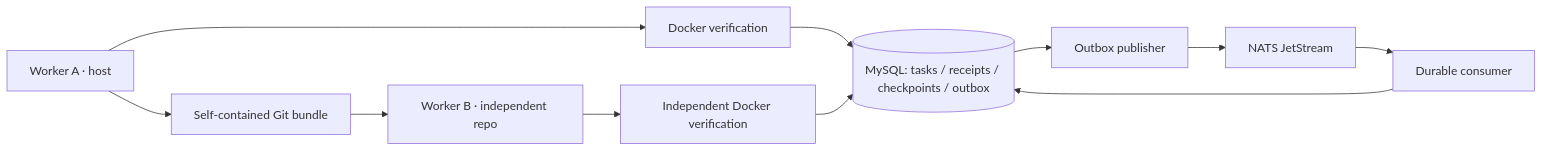
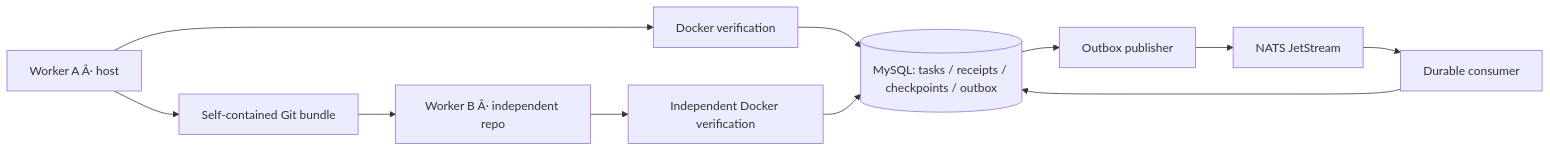
Before and after one commit to ns-0437/relaylab: the diagram in README.md, drawn with Mermaid. The commit also changed other lines of this file and 2 other files, not shown here.

````diff
--- a/README.md
+++ b/README.md
@@ -33,13 +33,13 @@
 ```mermaid
 flowchart LR
-    A["Worker A · host"] --> V1["Docker verification"]
+    A["Worker A Â· host"] --> V1["Docker verification"]
     V1 --> DB[("MySQL: tasks / receipts / checkpoints / outbox")]
     A --> Artifact["Self-contained Git bundle"]
-    Artifact --> B["Worker B · independent repo"]
+    Artifact --> B["Worker B Â· independent repo"]
     B --> V2["Independent Docker verification"]
     V2 --> DB
     DB --> P["Outbox publisher"]
     P --> N["NATS JetStream"]
     N --> C["Durable consumer"]
     C --> DB
 ```
````
